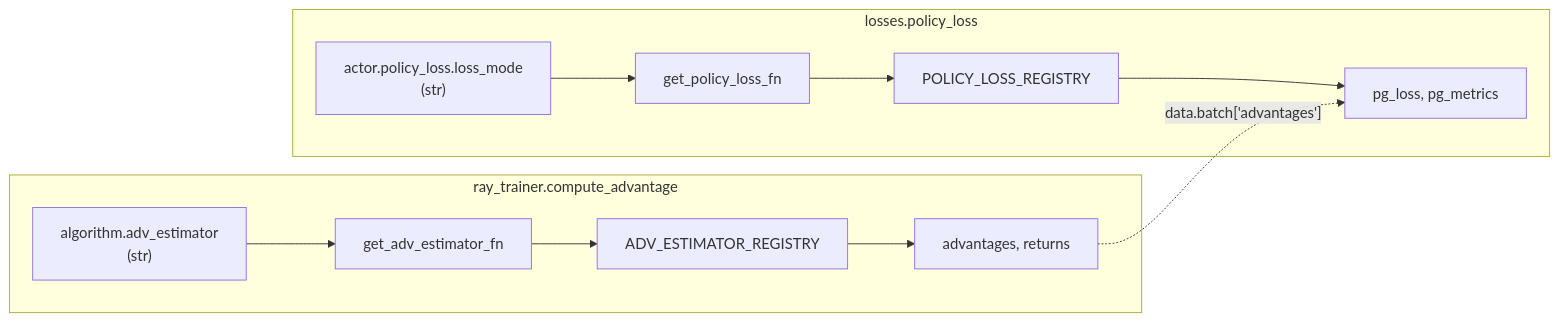
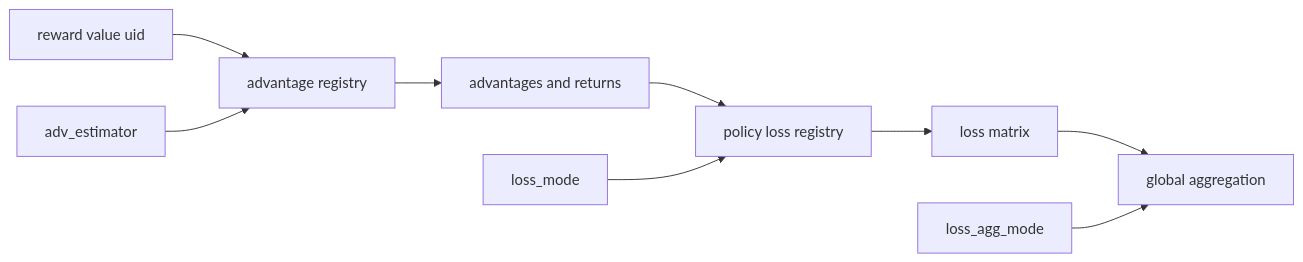
The diagram in wiki/02_engineering/04_posttrain_frameworks/verl/15_verl_rl_algorithms_analysis.md (suhaibo666/llm-knowledge), drawn with Mermaid before and after one commit. The commit also changed other lines of this file and 19 other files, not shown here.

````diff
--- a/wiki/02_engineering/04_posttrain_frameworks/verl/15_verl_rl_algorithms_analysis.md
+++ b/wiki/02_engineering/04_posttrain_frameworks/verl/15_verl_rl_algorithms_analysis.md
@@ -27,14 +24,11 @@
 ```mermaid
 flowchart LR
-    subgraph Trainer["ray_trainer.compute_advantage"]
-        A1["algorithm.adv_estimator<br/>(str)"] --> A2["get_adv_estimator_fn"]
-        A2 --> A3["ADV_ESTIMATOR_REGISTRY"]
-        A3 --> A4["advantages, returns"]
-    end
-    subgraph Actor["losses.policy_loss"]
-        L1["actor.policy_loss.loss_mode<br/>(str)"] --> L2["get_policy_loss_fn"]
-        L2 --> L3["POLICY_LOSS_REGISTRY"]
-        L3 --> L4["pg_loss, pg_metrics"]
-    end
-    A4 -. "data.batch['advantages']" .-> L4
+    A["reward value uid"] --> B["advantage registry"]
+    C["adv_estimator"] --> B
+    B --> D["advantages and returns"]
+    D --> E["policy loss registry"]
+    F["loss_mode"] --> E
+    E --> G["loss matrix"]
+    G --> H["global aggregation"]
+    I["loss_agg_mode"] --> H
 ```
````
